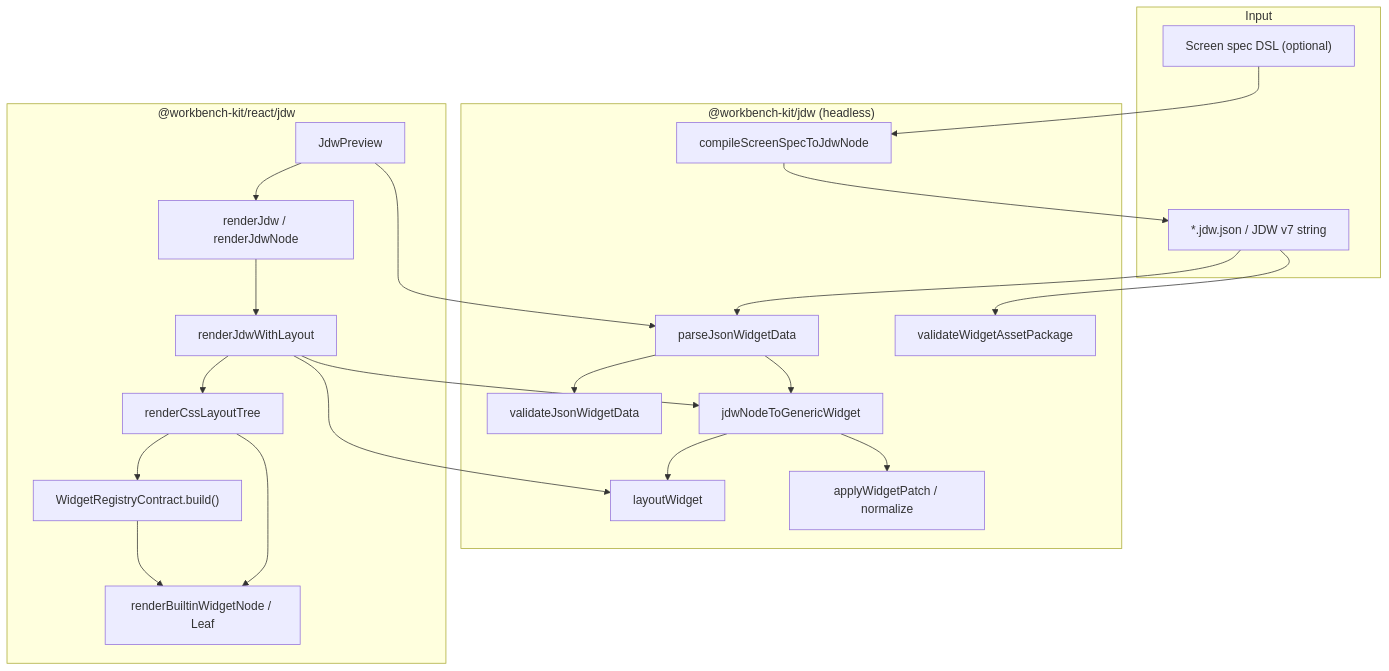
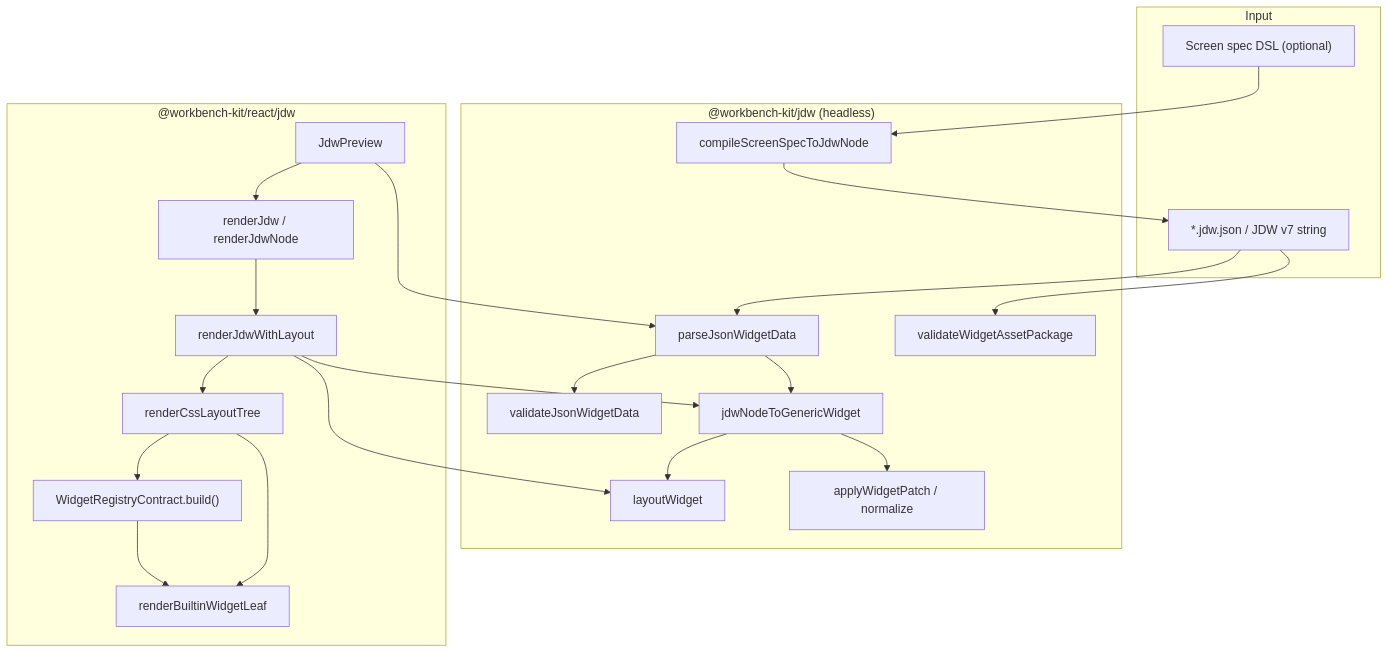
Before and after one commit to NewChoBo/workbench-kit: the first of 4 diagrams in docs/workbench/jdw-architecture-analysis.md, drawn with Mermaid. The commit also changed other lines of this file and 1355 other files, not shown here.

````diff
--- a/docs/workbench/jdw-architecture-analysis.md
+++ b/docs/workbench/jdw-architecture-analysis.md
@@ -25,44 +36,44 @@
 ```mermaid
 flowchart TB
   subgraph Input
     JSON["*.jdw.json / JDW v7 string"]
     SS["Screen spec DSL (optional)"]
   end
 
   subgraph Headless["@workbench-kit/jdw (headless)"]
     P["parseJsonWidgetData"]
     V["validateJsonWidgetData"]
     T["jdwNodeToGenericWidget"]
     L["layoutWidget"]
     PATCH["applyWidgetPatch / normalize"]
     ASSET["validateWidgetAssetPackage"]
     COMPILE["compileScreenSpecToJdwNode"]
   end
 
   subgraph React["@workbench-kit/react/jdw"]
     RJ["renderJdw / renderJdwNode"]
     CSS["renderJdwWithLayout"]
     TREE["renderCssLayoutTree"]
     REG["WidgetRegistryContract.build()"]
-    BUILTIN["renderBuiltinWidgetNode / Leaf"]
+    BUILTIN["renderBuiltinWidgetLeaf"]
     PREVIEW["JdwPreview"]
   end
 
   JSON --> P
   SS --> COMPILE --> JSON
   P --> V
   P --> T
   T --> L
   T --> PATCH
   JSON --> ASSET
 
   PREVIEW --> P
   PREVIEW --> RJ
   RJ --> CSS
   CSS --> T
   CSS --> L
   CSS --> TREE
   TREE --> REG
   REG --> BUILTIN
   TREE --> BUILTIN
 ```
````
